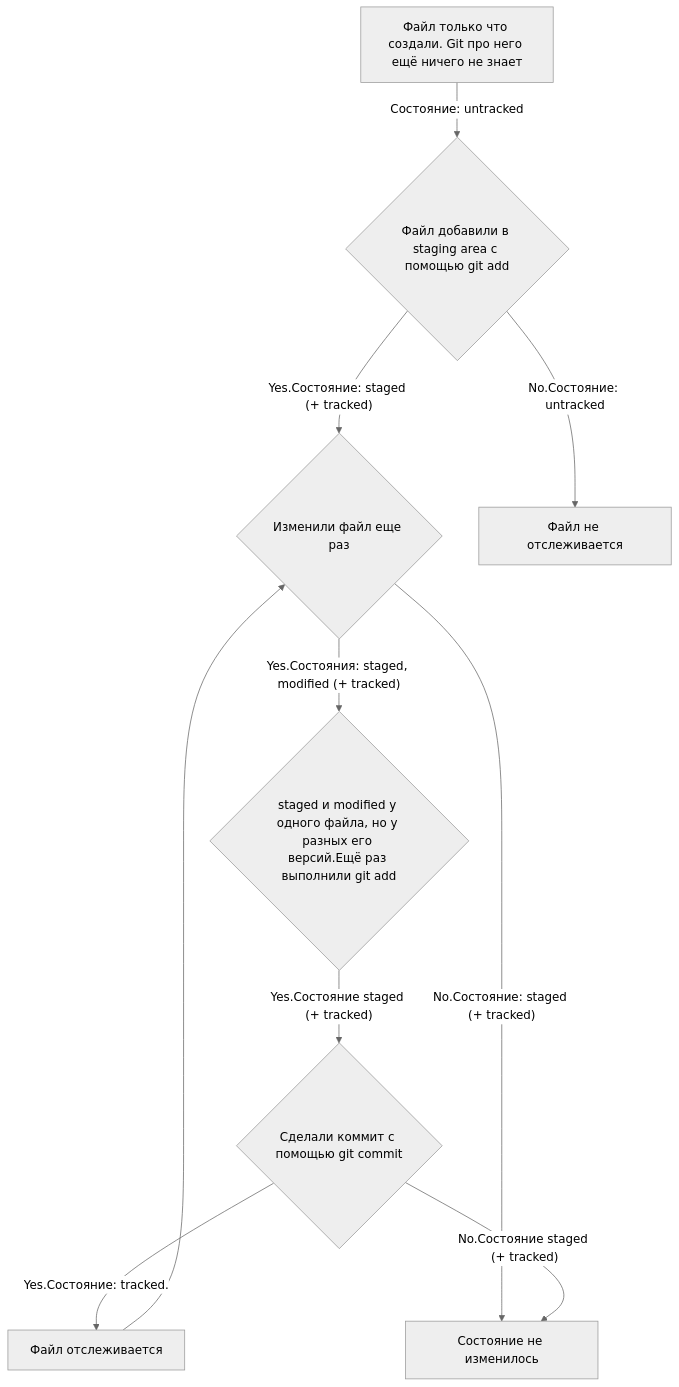
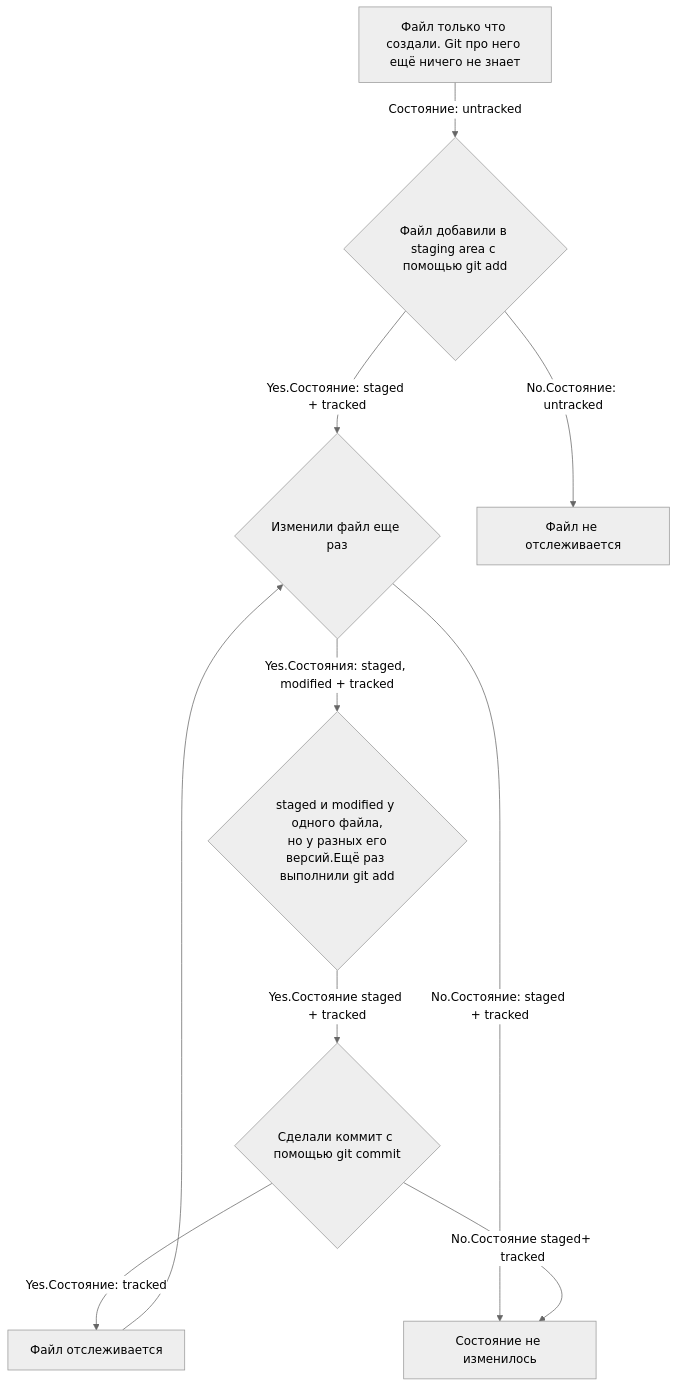
Before and after one commit to BolshakovVasilij/SecondProject: the diagram in README.md, drawn with Mermaid (neutral theme).

Commit message:
Добавить memraid-диаграмму

````diff
--- a/README.md
+++ b/README.md
@@ -95,12 +95,11 @@
 ```mermaid
 flowchart TD
-A[Файл только что создали. Git про него ещё ничего не знает];
-A--Состояние: untracked --> B{ Файл добавили в staging area с помощью git add};
-B--Yes.Состояние: staged (+ tracked)-->C{Изменили файл еще раз};
-B--No.Состояние: untracked-->D[Файл не отслеживается];
-C--Yes.Состояния: staged, modified (+ tracked)-->E{staged и modified у одного файла, но у разных его версий.Ещё раз выполнили git add};
-C--No.Состояние: staged (+ tracked)-->F[Состояние не изменилось];
-E--Yes.Состояние staged (+ tracked)-->G{Сделали коммит с помощью git commit};
-G--Yes.Состояние: tracked.-->I[Файл отслеживается]-->C;
-G--No.Состояние staged (+ tracked)-->F;
+A["Файл только что создали. Git про него ещё ничего не знает"]--Состояние: untracked --> B{"Файл добавили в staging area с помощью git add"};
+B--Yes.Состояние: staged + tracked-->C{"Изменили файл еще раз"};
+B--No.Состояние: untracked-->D["Файл не отслеживается"];
+C--Yes.Состояния: staged, modified + tracked-->E{"staged и modified у одного файла,<br> но у разных его версий.Ещё раз выполнили git add"};
+C--No.Состояние: staged + tracked-->F["Состояние не изменилось"];
+E--Yes.Состояние staged + tracked-->G{"Сделали коммит с помощью git commit"}
+G--Yes.Состояние: tracked-->I["Файл отслеживается"]-->C;
+G--No.Состояние staged+ tracked-->F;
 ```
````
